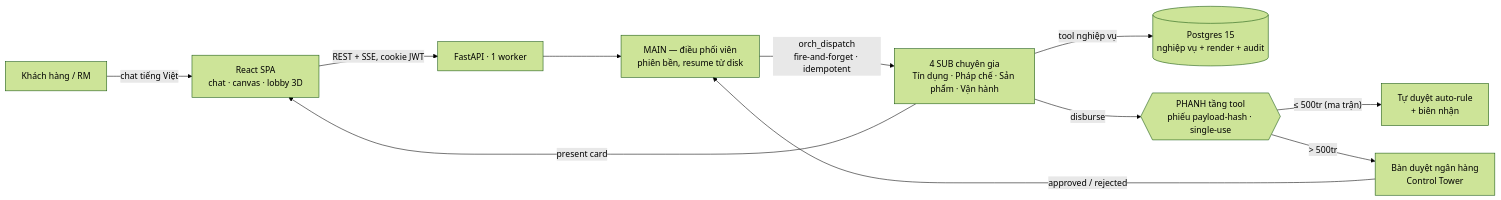
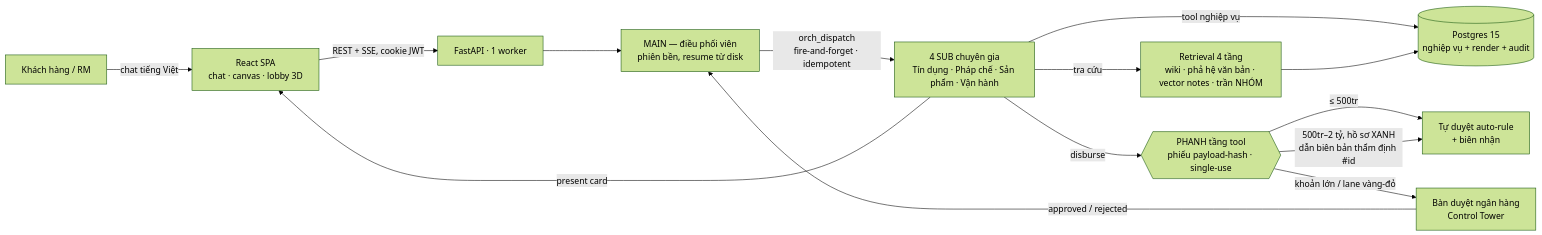
Before and after one commit to Lecoeurdelest/shb-digital: the diagram in README.md, drawn with Mermaid (forest theme). The commit also changed other lines of this file, not shown here.

````diff
--- a/README.md
+++ b/README.md
@@ -184,13 +200,16 @@
 ```mermaid
 flowchart LR
   KH[Khách hàng / RM] -->|chat tiếng Việt| FE[React SPA<br/>chat · canvas · lobby 3D]
   FE -->|REST + SSE, cookie JWT| API[FastAPI · 1 worker]
   API --> MAIN[MAIN — điều phối viên<br/>phiên bền, resume từ disk]
   MAIN -->|orch_dispatch<br/>fire-and-forget · idempotent| SUB[4 SUB chuyên gia<br/>Tín dụng · Pháp chế · Sản phẩm · Vận hành]
   SUB -->|tool nghiệp vụ| PG[(Postgres 15<br/>nghiệp vụ + render + audit)]
+  SUB -->|tra cứu| RAG[Retrieval 4 tầng<br/>wiki · phả hệ văn bản · vector notes · trần NHÓM]
+  RAG --> PG
   SUB -->|present card| FE
   SUB -->|disburse| GATE{{PHANH tầng tool<br/>phiếu payload-hash · single-use}}
-  GATE -->|"≤ 500tr (ma trận)"| AUTO[Tự duyệt auto-rule<br/>+ biên nhận]
-  GATE -->|"> 500tr"| BANK[Bàn duyệt ngân hàng<br/>Control Tower]
+  GATE -->|"≤ 500tr"| AUTO[Tự duyệt auto-rule<br/>+ biên nhận]
+  GATE -->|"500tr–2 tỷ, hồ sơ XANH<br/>dẫn biên bản thẩm định #id"| AUTO
+  GATE -->|"khoản lớn / lane vàng-đỏ"| BANK[Bàn duyệt ngân hàng<br/>Control Tower]
   BANK -->|approved / rejected| MAIN
 ```
````
